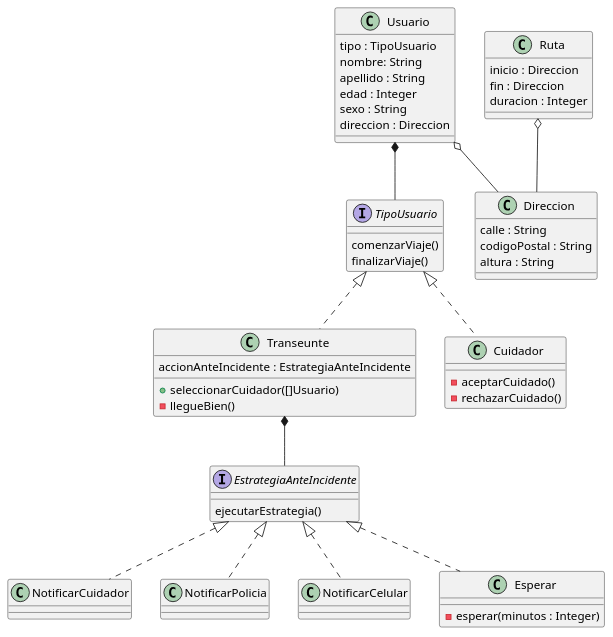
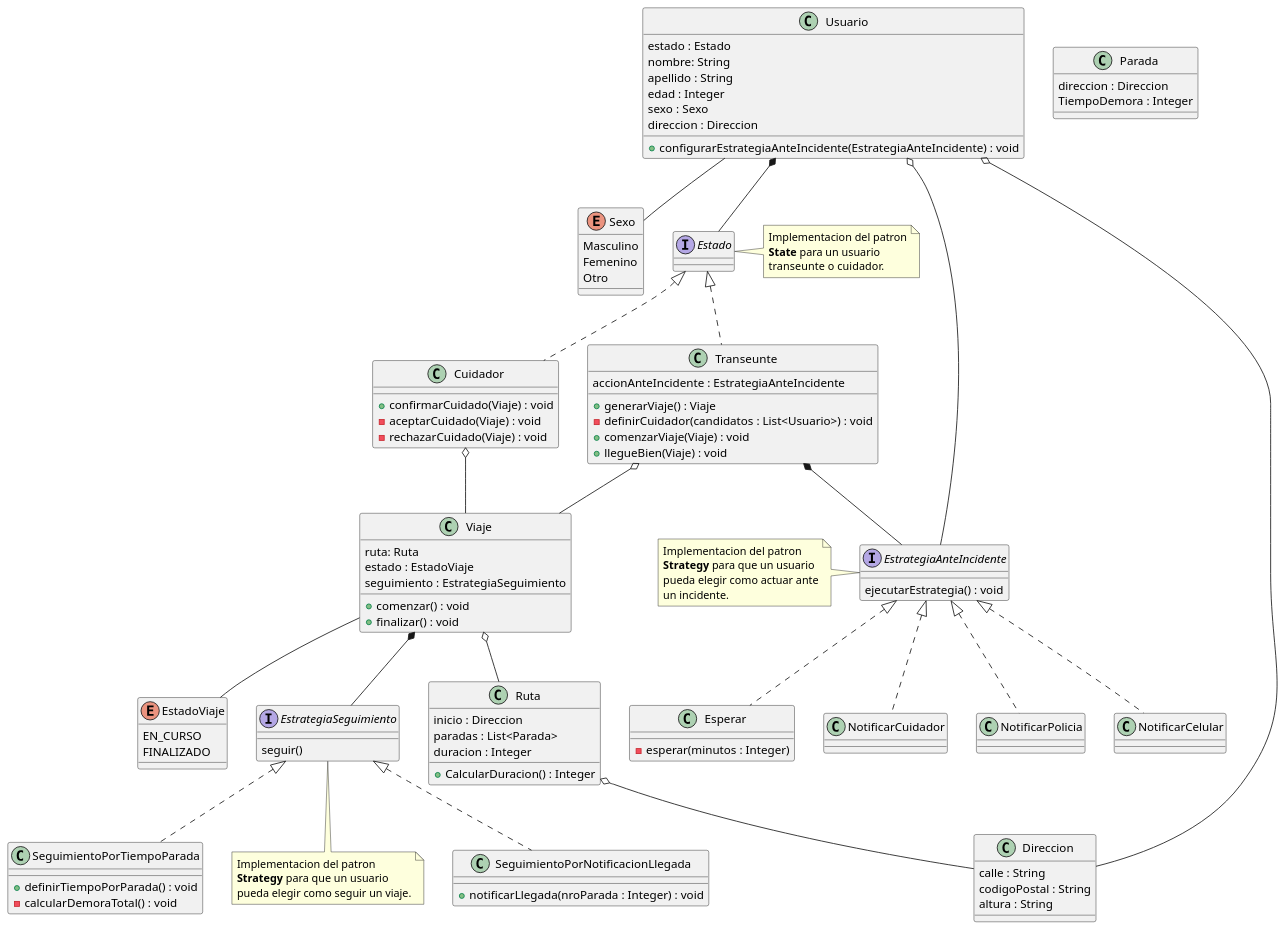
One commit to nachoberaza/practica-dds-cuidandonos changed the diagram in docs/diagrams/class_diagram_v2.puml. Above: the diagram before and after it, drawn with PlantUML. The commit also changed 1 other file, not shown here.

Commit message:
Working on class diagram v2.

```diff
--- a/docs/diagrams/class_diagram_v2.puml
+++ b/docs/diagrams/class_diagram_v2.puml
@@ -1,71 +1,140 @@
 @startuml
 class Usuario{
-    tipo : TipoUsuario
+    estado : Estado
     nombre: String
     apellido : String
     edad : Integer
-    sexo : String
+    sexo : Sexo
     direccion : Direccion
+    + configurarEstrategiaAnteIncidente(EstrategiaAnteIncidente) : void
 }
 
-interface TipoUsuario{
-    comenzarViaje()
-    finalizarViaje()
+enum Sexo{
+    Masculino
+    Femenino
+    Otro
+}
+
+interface Estado{
+    'TODO: Que metodo podria ir en esta interfaz??'
 }
 
 class Transeunte {
     accionAnteIncidente : EstrategiaAnteIncidente
 
-    + seleccionarCuidador([]Usuario)
-    - llegueBien()
+    + generarViaje() : Viaje
+    - definirCuidador(candidatos : List<Usuario>) : void
+    + comenzarViaje(Viaje) : void
+    + llegueBien(Viaje) : void
 }
 
 class Cuidador {
-    - aceptarCuidado()
-    - rechazarCuidado()
+    + confirmarCuidado(Viaje) : void
+    - aceptarCuidado(Viaje) : void
+    - rechazarCuidado(Viaje) : void
+}
+
+class Viaje {
+    ruta: Ruta
+    estado : EstadoViaje
+    seguimiento : EstrategiaSeguimiento
+    + comenzar() : void
+    + finalizar() : void
+}
+
+enum EstadoViaje{
+    EN_CURSO
+    FINALIZADO
 }
 
 class Ruta{
     inicio : Direccion
-    fin : Direccion
+    paradas : List<Parada>
     duracion : Integer
+    + CalcularDuracion() : Integer
 }
 
-'Mediante esta interfaz se implementa el patron strategy para la reaccion ante incidentes'
+class Parada {
+    direccion : Direccion
+    TiempoDemora : Integer
+}
+
+interface EstrategiaSeguimiento {
+    seguir()
+}
+
+class SeguimientoPorNotificacionLlegada implements EstrategiaSeguimiento {
+    + notificarLlegada(nroParada : Integer) : void
+}
+
+class SeguimientoPorTiempoParada implements EstrategiaSeguimiento {
+    + definirTiempoPorParada() : void
+    - calcularDemoraTotal() : void
+}
+
 interface EstrategiaAnteIncidente {
-    ejecutarEstrategia()
+    ejecutarEstrategia() : void
 }
 
 class NotificarCuidador{}
 
 class NotificarPolicia{}
 
 class NotificarCelular{}
 
 'TODO: Checkear si estan bien parametrizados los minutos'
 class Esperar{
     - esperar(minutos : Integer)
 }
 
 class Direccion{
     calle : String
     codigoPostal : String
     altura : String
 }
 
-Usuario *-- TipoUsuario
+'Relaciones'
+Usuario *-- Estado
 Usuario o-- Direccion
+Usuario o-- EstrategiaAnteIncidente
+Usuario -- Sexo
 
-TipoUsuario <|.. Transeunte
-TipoUsuario <|.. Cuidador
+Estado <|.. Transeunte
+Estado <|.. Cuidador
 
 Transeunte *-- EstrategiaAnteIncidente
+
+Viaje o-- Ruta
+Transeunte o-- Viaje
+Cuidador o-- Viaje
+Viaje -- EstadoViaje
+Viaje *-- EstrategiaSeguimiento
 
 Ruta o-- Direccion
 
 EstrategiaAnteIncidente <|.. NotificarCuidador
 EstrategiaAnteIncidente <|.. NotificarCelular
 EstrategiaAnteIncidente <|.. NotificarPolicia
 EstrategiaAnteIncidente <|.. Esperar
 
+'Notas'
+note bottom of EstrategiaSeguimiento
+    Implementacion del patron
+    **Strategy** para que un usuario
+    pueda elegir como seguir un viaje.
+end note
+
+note left of Estado
+    Implementacion del patron
+    **State** para un usuario
+    transeunte o cuidador.
+end note
+
+note left of EstrategiaAnteIncidente
+    Implementacion del patron
+    **Strategy** para que un usuario
+    pueda elegir como actuar ante
+    un incidente.
+end note
+
 @enduml
```
